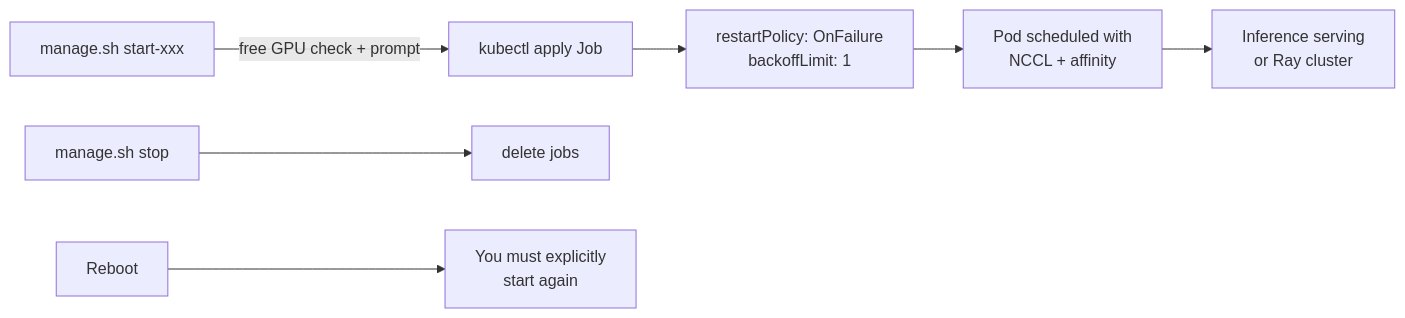
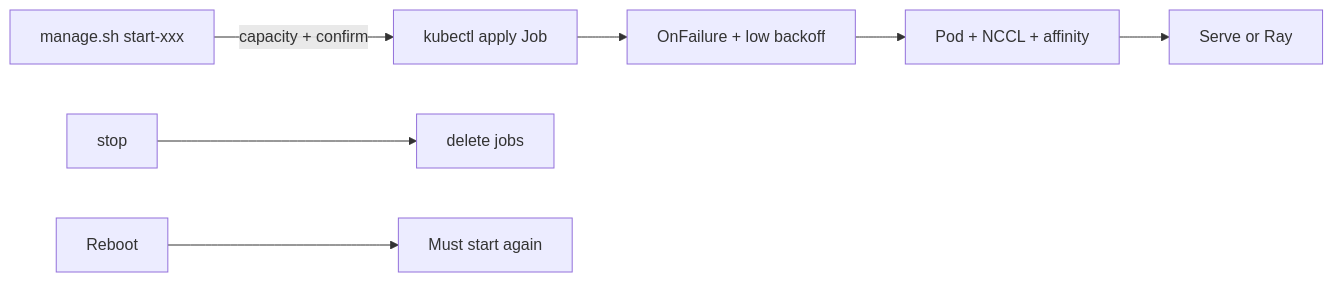
Before and after one commit to toxicoder/nvidia-dgx-spark-lab: the third of 5 diagrams in docs/architecture.md, drawn with Mermaid. The commit also changed other lines of this file and 132 other files, not shown here.

````diff
--- a/docs/architecture.md
+++ b/docs/architecture.md
@@ -59,9 +85,9 @@
 ```mermaid
 flowchart LR
-    A[manage.sh start-xxx] -->|free GPU check + prompt| B[kubectl apply Job]
-    B --> C[restartPolicy: OnFailure<br/>backoffLimit: 1]
-    C --> D[Pod scheduled with<br/>NCCL + affinity]
-    D --> E[Inference serving<br/>or Ray cluster]
-    F[manage.sh stop] --> G[delete jobs]
-    H[Reboot] --> I[You must explicitly<br/>start again]
+    A["manage.sh start-xxx"] -->|capacity + confirm| B[kubectl apply Job]
+    B --> C["OnFailure + low backoff"]
+    C --> D[Pod + NCCL + affinity]
+    D --> E[Serve or Ray]
+    F[stop] --> G[delete jobs]
+    H[Reboot] --> I[Must start again]
 ```
````
